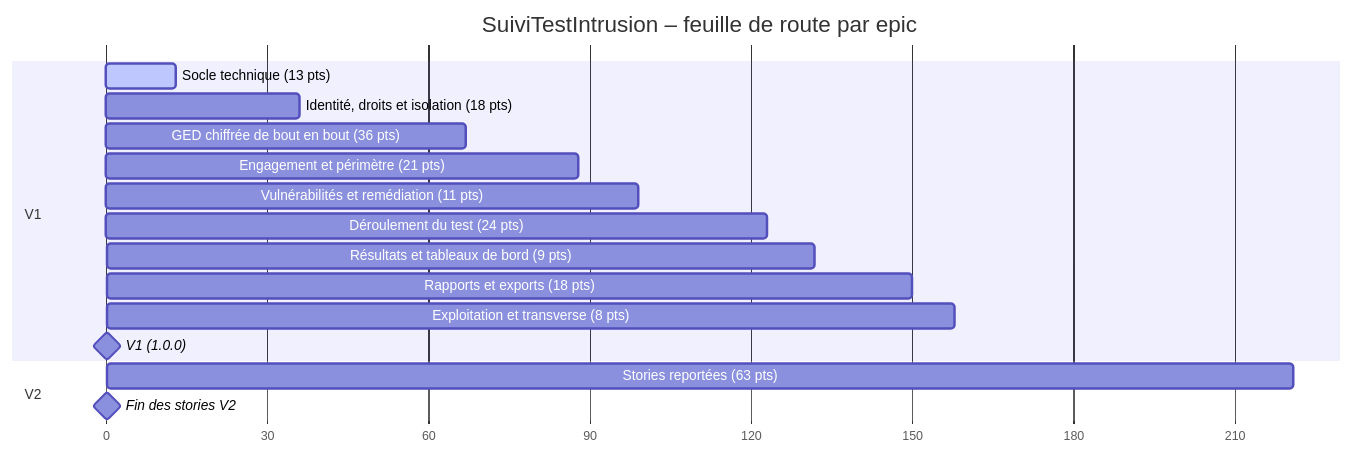
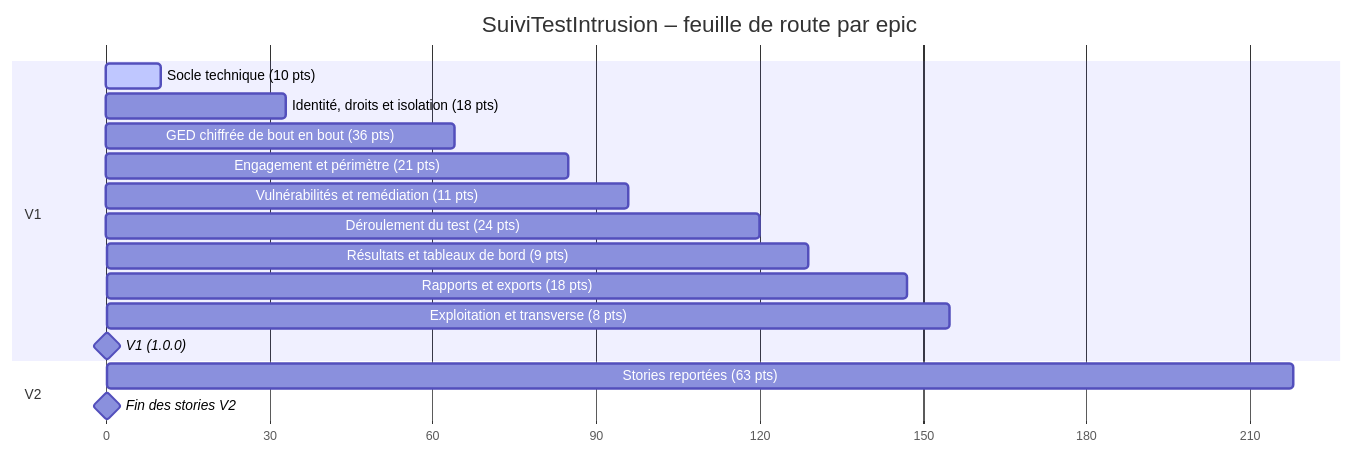
Before and after one commit to ILPlais/SuiviTestIntrusion: the first of 2 diagrams in docs/20-29 Développement/22 Planification/22.01 Planification du développement.md, drawn with Mermaid. The commit also changed other lines of this file and 5 other files, not shown here.

````diff
--- a/docs/20-29 Développement/22 Planification/22.01 Planification du développement.md
+++ b/docs/20-29 Développement/22 Planification/22.01 Planification du développement.md
@@ -48,20 +48,20 @@
 ```mermaid
 gantt
     title SuiviTestIntrusion – feuille de route par epic
     dateFormat X
     axisFormat %s
     section V1
-    Socle technique (13 pts) :active, ep_socle, 0, 13
-    Identité, droits et isolation (18 pts) :ep_identite, 13, 36
-    GED chiffrée de bout en bout (36 pts) :ep_ged_chiffree, 26, 67
-    Engagement et périmètre (21 pts) :ep_engagement, 67, 88
-    Vulnérabilités et remédiation (11 pts) :ep_vulnerabilites, 88, 99
-    Déroulement du test (24 pts) :ep_deroulement, 99, 123
-    Résultats et tableaux de bord (9 pts) :ep_resultats, 123, 132
-    Rapports et exports (18 pts) :ep_exports, 132, 150
-    Exploitation et transverse (8 pts) :ep_exploitation, 150, 158
-    V1 (1.0.0) :milestone, v1, 158, 0d
+    Socle technique (10 pts) :active, ep_socle, 0, 10
+    Identité, droits et isolation (18 pts) :ep_identite, 10, 33
+    GED chiffrée de bout en bout (36 pts) :ep_ged_chiffree, 23, 64
+    Engagement et périmètre (21 pts) :ep_engagement, 64, 85
+    Vulnérabilités et remédiation (11 pts) :ep_vulnerabilites, 85, 96
+    Déroulement du test (24 pts) :ep_deroulement, 96, 120
+    Résultats et tableaux de bord (9 pts) :ep_resultats, 120, 129
+    Rapports et exports (18 pts) :ep_exports, 129, 147
+    Exploitation et transverse (8 pts) :ep_exploitation, 147, 155
+    V1 (1.0.0) :milestone, v1, 155, 0d
     section V2
-    Stories reportées (63 pts) :ep_v2, 158, 221
-    Fin des stories V2 :milestone, v2, 221, 0d
+    Stories reportées (63 pts) :ep_v2, 155, 218
+    Fin des stories V2 :milestone, v2, 218, 0d
 ```
````
